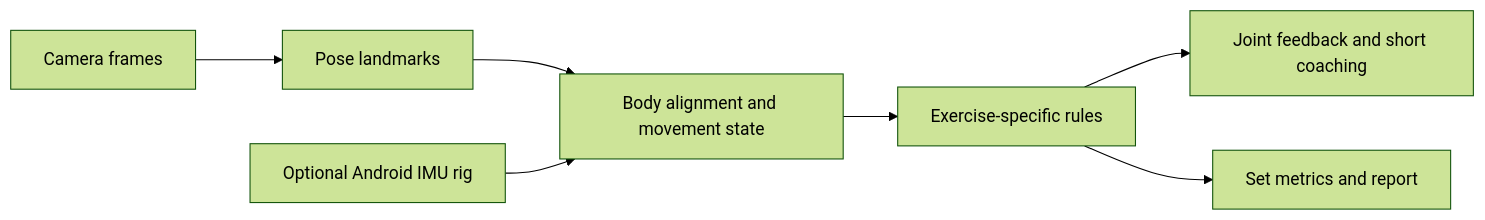
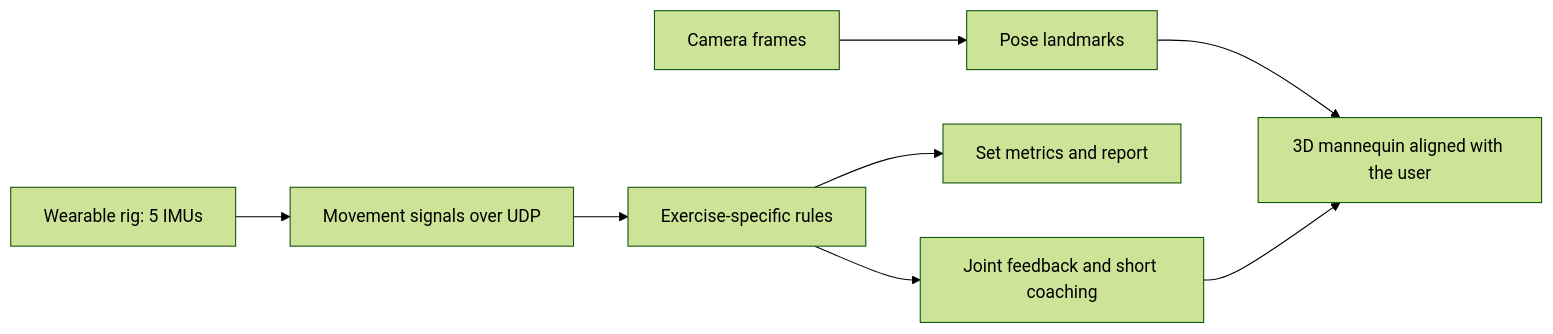
Before and after one commit to Eye172/synapse-showcase: the diagram in README.md, drawn with Mermaid (forest theme). The commit also changed other lines of this file, not shown here.

First line of the commit message:
Describe the wearable rig as the measurement source

```diff
--- a/README.md
+++ b/README.md
@@ -38,9 +38,10 @@
 ~~~mermaid
 flowchart LR
- A[Camera frames] --> B[Pose landmarks]
- B --> C[Body alignment and movement state]
- D[Optional Android IMU rig] --> C
- C --> E[Exercise-specific rules]
- E --> F[Joint feedback and short coaching]
- E --> G[Set metrics and report]
+ A[Wearable rig: 5 IMUs] --> B[Movement signals over UDP]
+ B --> C[Exercise-specific rules]
+ C --> D[Joint feedback and short coaching]
+ C --> E[Set metrics and report]
+ F[Camera frames] --> G[Pose landmarks]
+ G --> H[3D mannequin aligned with the user]
+ D --> H
 ~~~
```
